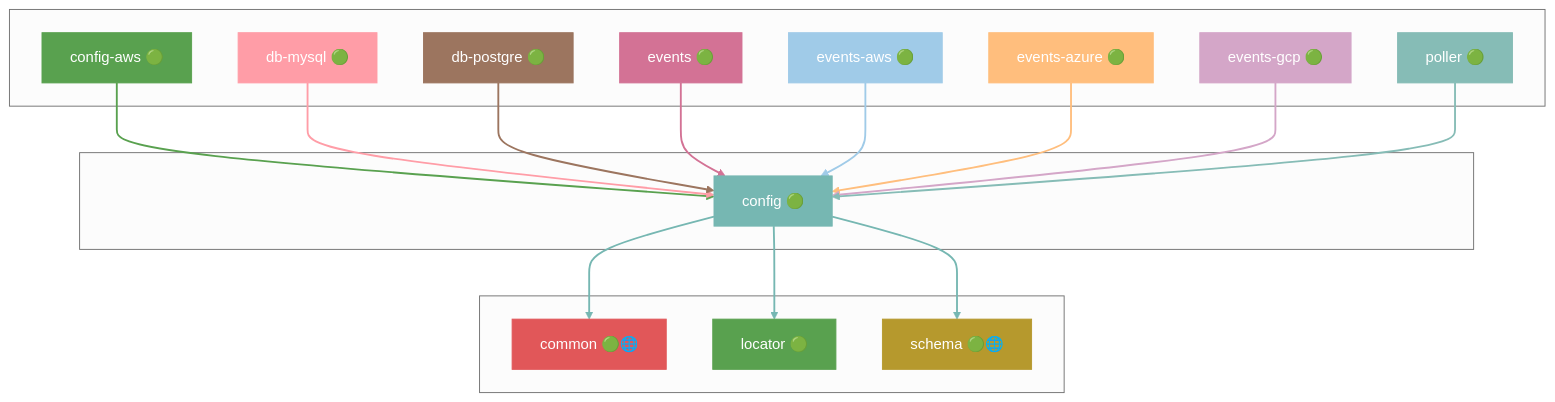
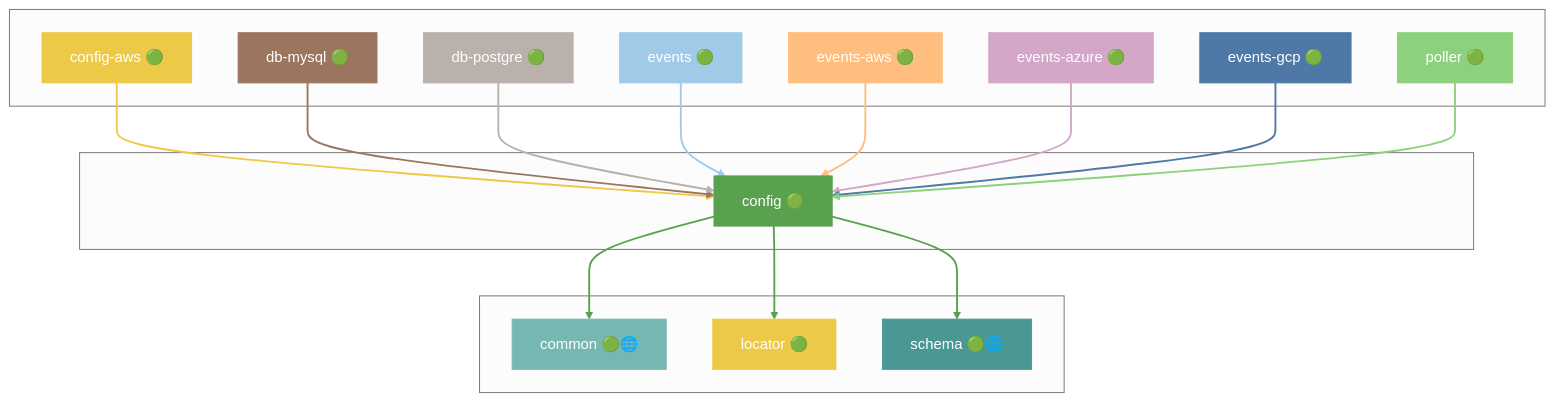
The sixth of 43 diagrams in docs/DEPENDENCIES.md (grest-ts/grest-ts), drawn with Mermaid (neutral theme) before and after one commit. The commit also changed other lines of this file and 86 other files, not shown here.

````diff
--- a/docs/DEPENDENCIES.md
+++ b/docs/DEPENDENCIES.md
@@ -497,55 +547,55 @@
 ```mermaid
 flowchart TB
     subgraph Dependents[" "]
         config-aws["config-aws 🟢"]
         db-mysql["db-mysql 🟢"]
         db-postgre["db-postgre 🟢"]
         events["events 🟢"]
         events-aws["events-aws 🟢"]
         events-azure["events-azure 🟢"]
         events-gcp["events-gcp 🟢"]
         poller["poller 🟢"]
     end
     subgraph Package[" "]
         config["config 🟢"]
     end
     subgraph Dependencies[" "]
         common["common 🟢🌐"]
         locator["locator 🟢"]
         schema["schema 🟢🌐"]
     end
     config-aws --> config
     db-mysql --> config
     db-postgre --> config
     events --> config
     events-aws --> config
     events-azure --> config
     events-gcp --> config
     poller --> config
     config --> common
     config --> locator
     config --> schema
-    style config fill:#76B7B2,stroke:#76B7B2,color:#fff
-    style config-aws fill:#59A14F,stroke:#59A14F,color:#fff
-    style db-mysql fill:#FF9DA7,stroke:#FF9DA7,color:#fff
-    style db-postgre fill:#9C755F,stroke:#9C755F,color:#fff
-    style events fill:#D37295,stroke:#D37295,color:#fff
-    style events-aws fill:#A0CBE8,stroke:#A0CBE8,color:#fff
-    style events-azure fill:#FFBE7D,stroke:#FFBE7D,color:#fff
-    style events-gcp fill:#D4A6C8,stroke:#D4A6C8,color:#fff
-    style poller fill:#86BCB6,stroke:#86BCB6,color:#fff
-    style common fill:#E15759,stroke:#E15759,color:#fff
-    style locator fill:#59A14F,stroke:#59A14F,color:#fff
-    style schema fill:#B6992D,stroke:#B6992D,color:#fff
-    linkStyle 0 stroke:#59A14F,stroke-width:2px
-    linkStyle 1 stroke:#FF9DA7,stroke-width:2px
-    linkStyle 2 stroke:#9C755F,stroke-width:2px
-    linkStyle 3 stroke:#D37295,stroke-width:2px
-    linkStyle 4 stroke:#A0CBE8,stroke-width:2px
-    linkStyle 5 stroke:#FFBE7D,stroke-width:2px
-    linkStyle 6 stroke:#D4A6C8,stroke-width:2px
-    linkStyle 7 stroke:#86BCB6,stroke-width:2px
-    linkStyle 8 stroke:#76B7B2,stroke-width:2px
-    linkStyle 9 stroke:#76B7B2,stroke-width:2px
-    linkStyle 10 stroke:#76B7B2,stroke-width:2px
+    style config fill:#59A14F,stroke:#59A14F,color:#fff
+    style config-aws fill:#EDC948,stroke:#EDC948,color:#fff
+    style db-mysql fill:#9C755F,stroke:#9C755F,color:#fff
+    style db-postgre fill:#BAB0AC,stroke:#BAB0AC,color:#fff
+    style events fill:#A0CBE8,stroke:#A0CBE8,color:#fff
+    style events-aws fill:#FFBE7D,stroke:#FFBE7D,color:#fff
+    style events-azure fill:#D4A6C8,stroke:#D4A6C8,color:#fff
+    style events-gcp fill:#4E79A7,stroke:#4E79A7,color:#fff
+    style poller fill:#8CD17D,stroke:#8CD17D,color:#fff
+    style common fill:#76B7B2,stroke:#76B7B2,color:#fff
+    style locator fill:#EDC948,stroke:#EDC948,color:#fff
+    style schema fill:#499894,stroke:#499894,color:#fff
+    linkStyle 0 stroke:#EDC948,stroke-width:2px
+    linkStyle 1 stroke:#9C755F,stroke-width:2px
+    linkStyle 2 stroke:#BAB0AC,stroke-width:2px
+    linkStyle 3 stroke:#A0CBE8,stroke-width:2px
+    linkStyle 4 stroke:#FFBE7D,stroke-width:2px
+    linkStyle 5 stroke:#D4A6C8,stroke-width:2px
+    linkStyle 6 stroke:#4E79A7,stroke-width:2px
+    linkStyle 7 stroke:#8CD17D,stroke-width:2px
+    linkStyle 8 stroke:#59A14F,stroke-width:2px
+    linkStyle 9 stroke:#59A14F,stroke-width:2px
+    linkStyle 10 stroke:#59A14F,stroke-width:2px
 ```
````
